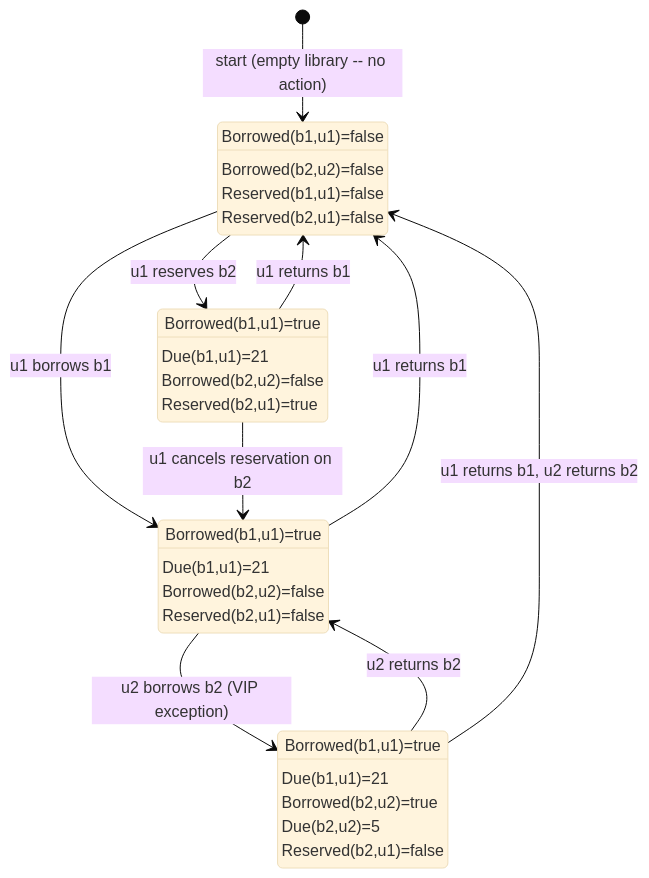
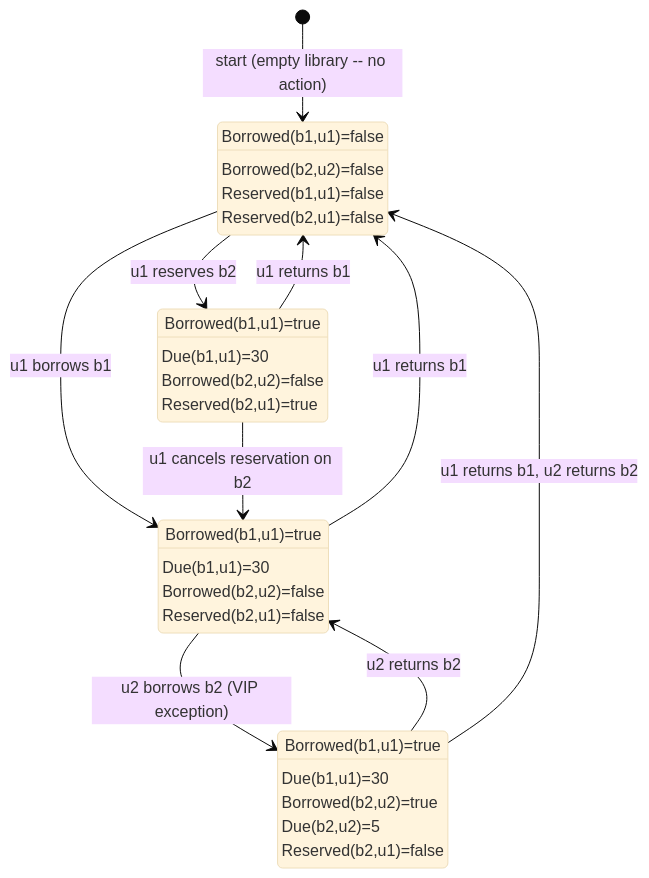
Before and after one commit to Feyerabend/bb: the first of 2 diagrams in workbook/ch06/sec/paradigm/modern/AUDITOR.md, drawn with Mermaid (base theme). The commit also changed other lines of this file, not shown here.

````diff
--- a/workbook/ch06/sec/paradigm/modern/AUDITOR.md
+++ b/workbook/ch06/sec/paradigm/modern/AUDITOR.md
@@ -550,37 +550,37 @@
 ```mermaid
 stateDiagram-v2
     [*] --> w4 : start (empty library -- no action)
 
     w4 : Borrowed(b1,u1)=false
     w4 : Borrowed(b2,u2)=false
     w4 : Reserved(b1,u1)=false
     w4 : Reserved(b2,u1)=false
 
     w4 --> w1 : u1 borrows b1
     w4 --> w3 : u1 reserves b2
 
     w1 : Borrowed(b1,u1)=true
-    w1 : Due(b1,u1)=21
+    w1 : Due(b1,u1)=30
     w1 : Borrowed(b2,u2)=false
     w1 : Reserved(b2,u1)=false
 
     w1 --> w2 : u2 borrows b2 (VIP exception)
     w1 --> w4 : u1 returns b1
 
     w2 : Borrowed(b1,u1)=true
-    w2 : Due(b1,u1)=21
+    w2 : Due(b1,u1)=30
     w2 : Borrowed(b2,u2)=true
     w2 : Due(b2,u2)=5
     w2 : Reserved(b2,u1)=false
 
     w2 --> w1 : u2 returns b2
     w2 --> w4 : u1 returns b1, u2 returns b2
 
     w3 : Borrowed(b1,u1)=true
-    w3 : Due(b1,u1)=21
+    w3 : Due(b1,u1)=30
     w3 : Borrowed(b2,u2)=false
     w3 : Reserved(b2,u1)=true
 
     w3 --> w1 : u1 cancels reservation on b2
     w3 --> w4 : u1 returns b1
 ```
````
